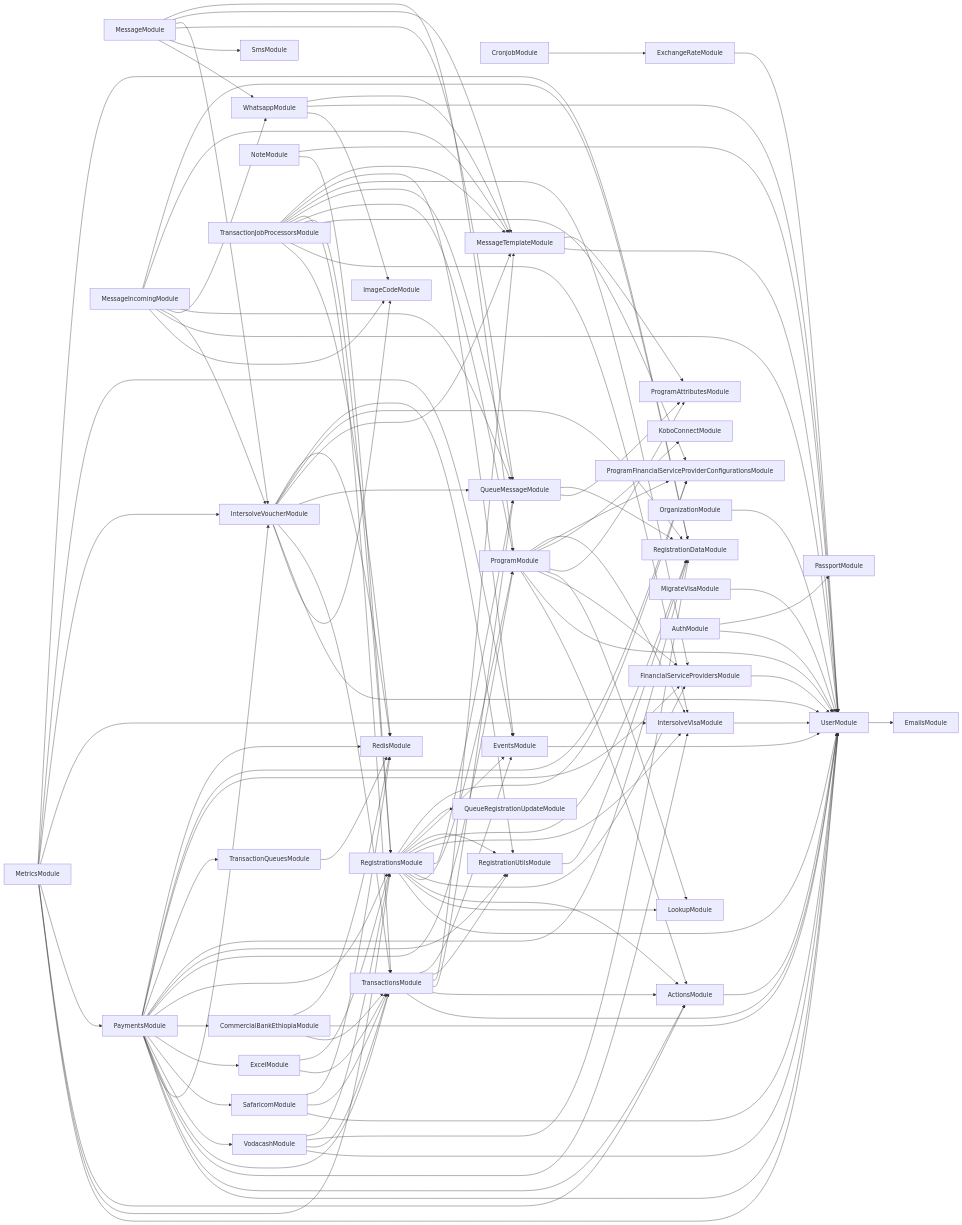
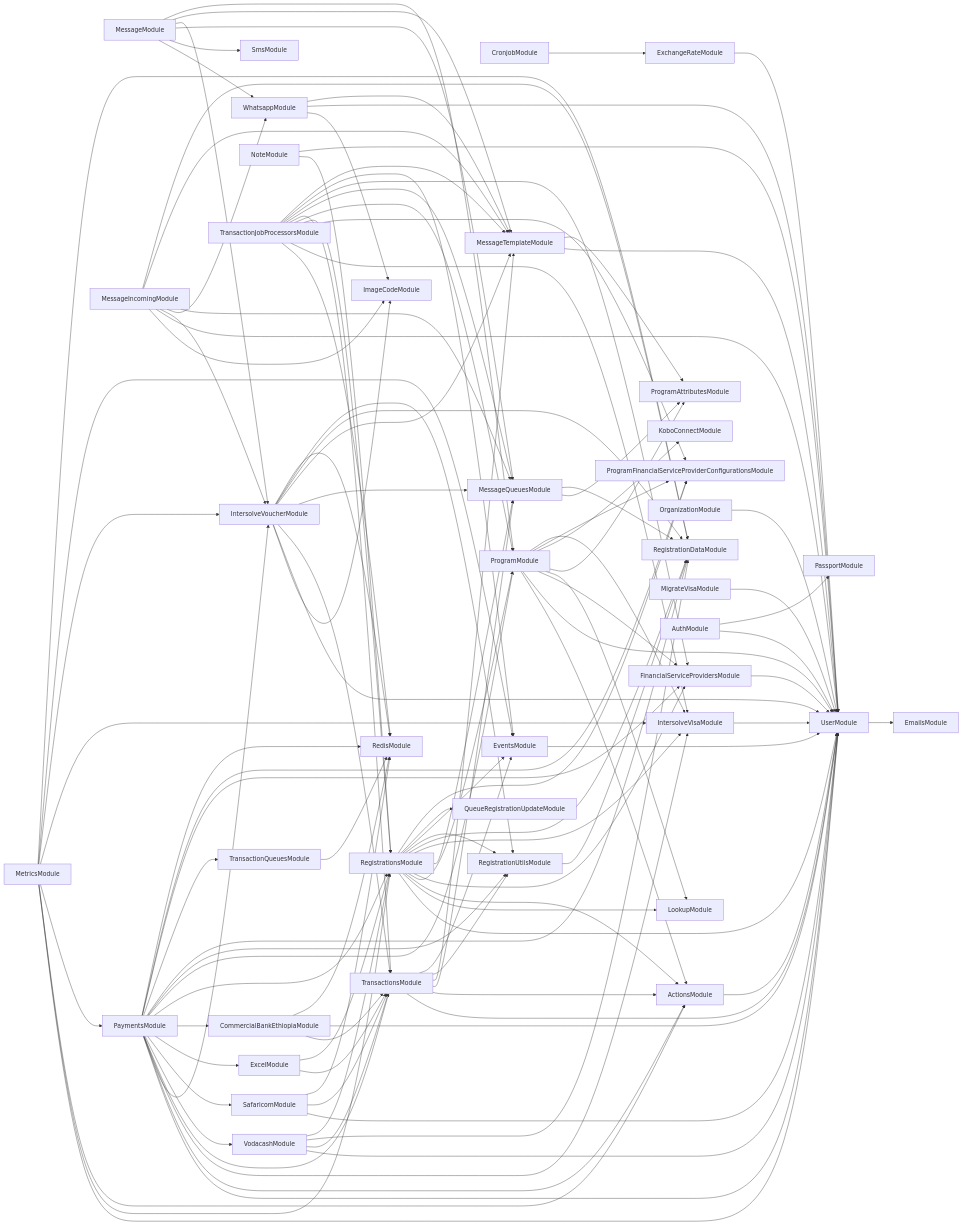
One commit to global-121/121-platform changed the diagram in services/121-service/module-dependencies.md. Above: the diagram before and after it, drawn with Mermaid. The commit also changed 31 other files, not shown here.

```diff
--- a/services/121-service/module-dependencies.md
+++ b/services/121-service/module-dependencies.md
@@ -24,22 +24,22 @@
   WhatsappModule-->UserModule
   WhatsappModule-->MessageTemplateModule
   MessageModule-->SmsModule
-  MessageModule-->QueueMessageModule
-  QueueMessageModule-->ProgramAttributesModule
-  QueueMessageModule-->RegistrationDataModule
+  MessageModule-->MessageQueuesModule
+  MessageQueuesModule-->ProgramAttributesModule
+  MessageQueuesModule-->RegistrationDataModule
   MessageModule-->IntersolveVoucherModule
   IntersolveVoucherModule-->ImageCodeModule
   IntersolveVoucherModule-->UserModule
   IntersolveVoucherModule-->TransactionsModule
   TransactionsModule-->UserModule
   TransactionsModule-->ActionsModule
-  TransactionsModule-->QueueMessageModule
+  TransactionsModule-->MessageQueuesModule
   TransactionsModule-->MessageTemplateModule
   TransactionsModule-->RegistrationUtilsModule
   RegistrationUtilsModule-->RegistrationDataModule
   TransactionsModule-->EventsModule
   EventsModule-->UserModule
-  IntersolveVoucherModule-->QueueMessageModule
+  IntersolveVoucherModule-->MessageQueuesModule
   IntersolveVoucherModule-->MessageTemplateModule
   IntersolveVoucherModule-->RegistrationDataModule
   IntersolveVoucherModule-->RegistrationUtilsModule
@@ -53,7 +53,7 @@
   RegistrationsModule-->ActionsModule
   RegistrationsModule-->ProgramModule
   RegistrationsModule-->FinancialServiceProvidersModule
-  RegistrationsModule-->QueueMessageModule
+  RegistrationsModule-->MessageQueuesModule
   RegistrationsModule-->IntersolveVisaModule
   RegistrationsModule-->RegistrationDataModule
   RegistrationsModule-->RegistrationUtilsModule
@@ -101,7 +101,7 @@
   MessageIncomingModule-->UserModule
   MessageIncomingModule-->IntersolveVoucherModule
   MessageIncomingModule-->WhatsappModule
-  MessageIncomingModule-->QueueMessageModule
+  MessageIncomingModule-->MessageQueuesModule
   MessageIncomingModule-->MessageTemplateModule
   MessageIncomingModule-->RegistrationDataModule
   NoteModule-->RegistrationsModule
@@ -114,7 +114,7 @@
   TransactionJobProcessorsModule-->RegistrationsModule
   TransactionJobProcessorsModule-->ProgramModule
   TransactionJobProcessorsModule-->TransactionsModule
-  TransactionJobProcessorsModule-->QueueMessageModule
+  TransactionJobProcessorsModule-->MessageQueuesModule
   TransactionJobProcessorsModule-->FinancialServiceProvidersModule
   TransactionJobProcessorsModule-->EventsModule
   TransactionJobProcessorsModule-->MessageTemplateModule
```
